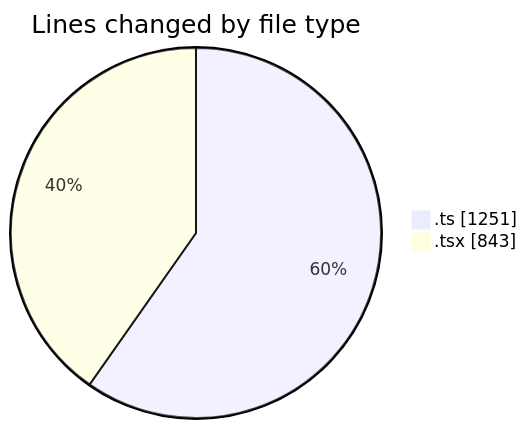
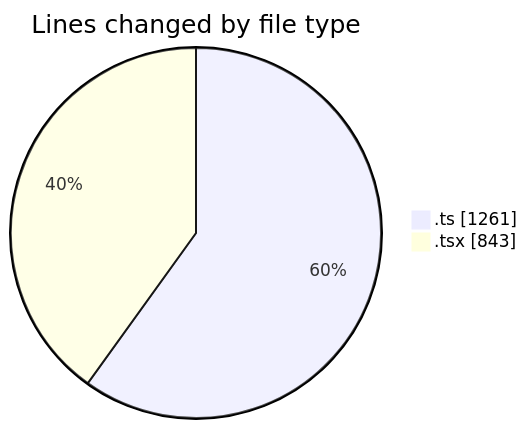
The first of 2 diagrams in 2025-06-22/archive/README.md (JenPaints/code-tracking), drawn with Mermaid before and after one commit. The commit also changed other lines of this file and 1 other file, not shown here.

````diff
--- a/2025-06-22/archive/README.md
+++ b/2025-06-22/archive/README.md
@@ -24,6 +24,6 @@
 ```mermaid
 pie showData
 title Lines changed by file type
-".ts" : 1251
+".ts" : 1261
 ".tsx" : 843
 ```
````
